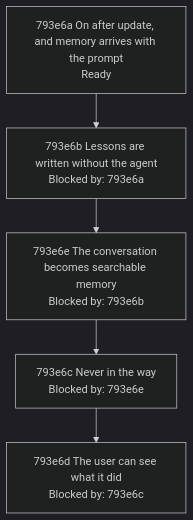
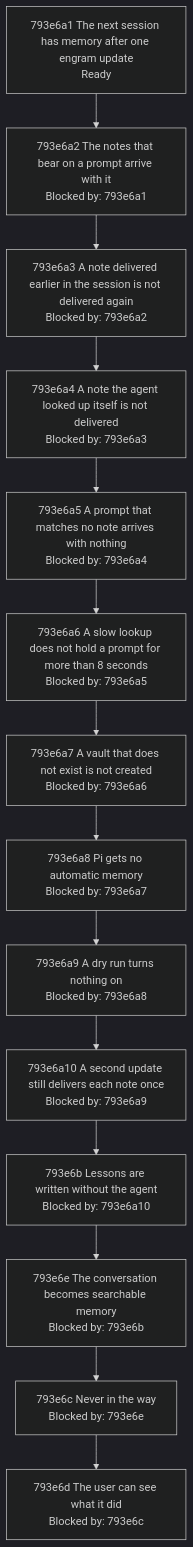
Before and after one commit to toejough/engram: the diagram in docs/changes/793_automatic-memory/793e_implementation-plan.md, drawn with Mermaid (dark theme). The commit also changed other lines of this file, not shown here.

First line of the commit message:
docs(793e): one node per scenario for the first group

````diff
--- a/docs/changes/793_automatic-memory/793e_implementation-plan.md
+++ b/docs/changes/793_automatic-memory/793e_implementation-plan.md
@@ -71,7 +71,26 @@
 ```mermaid
 graph TD
-    n793e6a["793e6a On after update, and memory arrives with the prompt<br/>Ready"] --> n793e6b["793e6b Lessons are written without the agent<br/>Blocked by: 793e6a"]
+    n793e6a1["793e6a1 The next session has memory after one engram update<br/>Ready"]
+    n793e6a2["793e6a2 The notes that bear on a prompt arrive with it<br/>Blocked by: 793e6a1"]
+    n793e6a3["793e6a3 A note delivered earlier in the session is not delivered again<br/>Blocked by: 793e6a2"]
+    n793e6a4["793e6a4 A note the agent looked up itself is not delivered<br/>Blocked by: 793e6a3"]
+    n793e6a5["793e6a5 A prompt that matches no note arrives with nothing<br/>Blocked by: 793e6a4"]
+    n793e6a6["793e6a6 A slow lookup does not hold a prompt for more than 8 seconds<br/>Blocked by: 793e6a5"]
+    n793e6a7["793e6a7 A vault that does not exist is not created<br/>Blocked by: 793e6a6"]
+    n793e6a8["793e6a8 Pi gets no automatic memory<br/>Blocked by: 793e6a7"]
+    n793e6a9["793e6a9 A dry run turns nothing on<br/>Blocked by: 793e6a8"]
+    n793e6a10["793e6a10 A second update still delivers each note once<br/>Blocked by: 793e6a9"]
+    n793e6a1 --> n793e6a2
+    n793e6a2 --> n793e6a3
+    n793e6a3 --> n793e6a4
+    n793e6a4 --> n793e6a5
+    n793e6a5 --> n793e6a6
+    n793e6a6 --> n793e6a7
+    n793e6a7 --> n793e6a8
+    n793e6a8 --> n793e6a9
+    n793e6a9 --> n793e6a10
+    n793e6a10 --> n793e6b["793e6b Lessons are written without the agent<br/>Blocked by: 793e6a10"]
     n793e6b --> n793e6e["793e6e The conversation becomes searchable memory<br/>Blocked by: 793e6b"]
     n793e6e --> n793e6c["793e6c Never in the way<br/>Blocked by: 793e6e"]
     n793e6c --> n793e6d["793e6d The user can see what it did<br/>Blocked by: 793e6c"]
 ```
````
